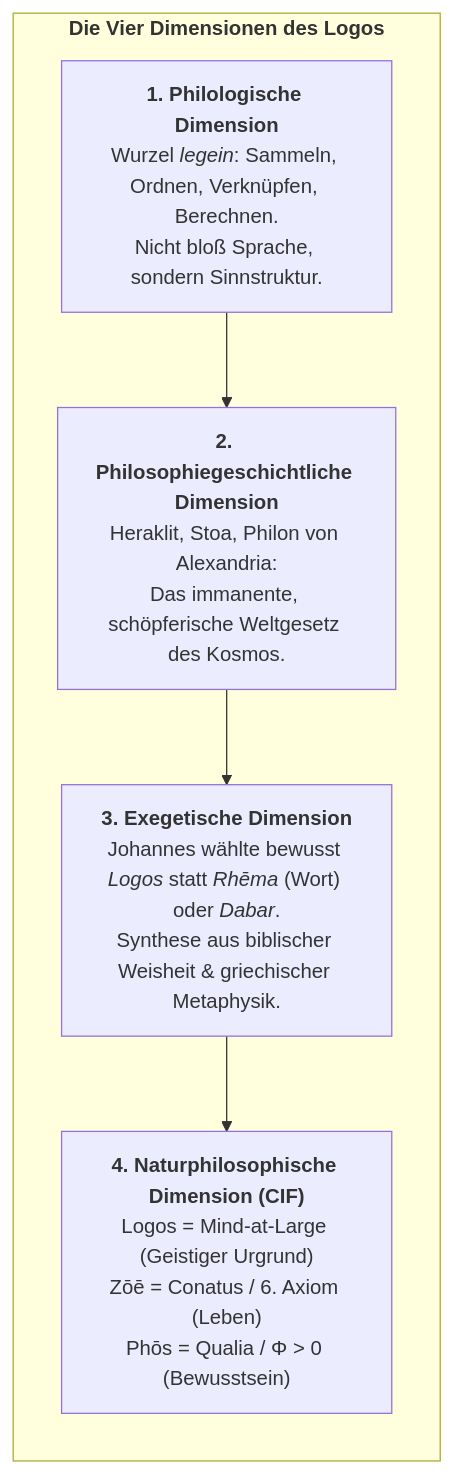
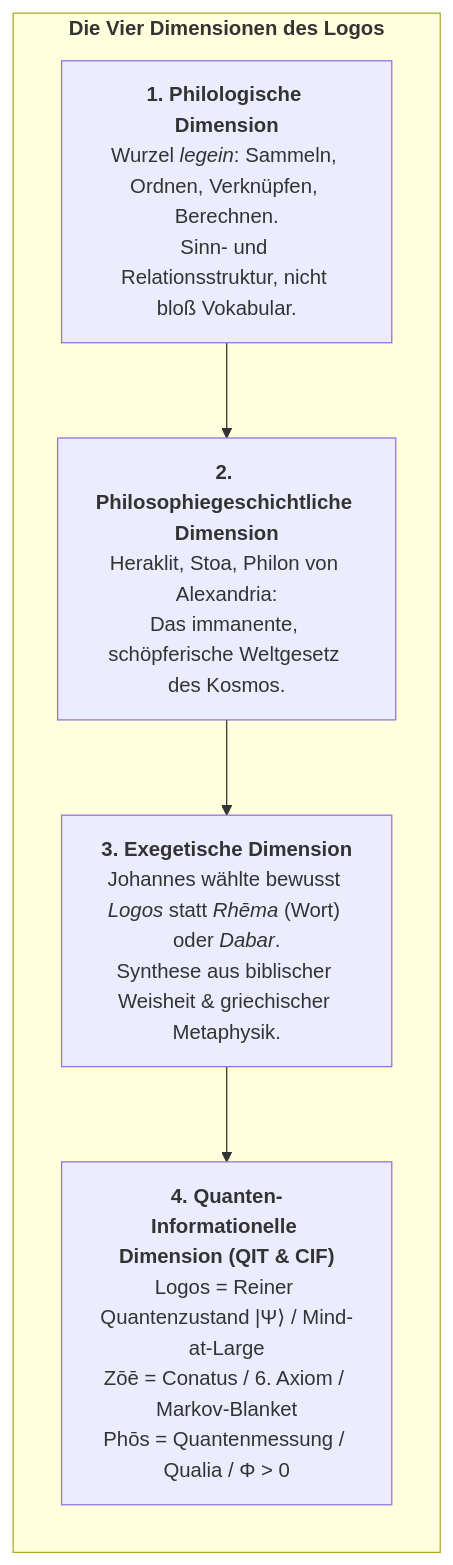
Before and after one commit to Thriebl/active-inference-phi-network: the first of 2 diagrams in docs/2026-09-05-johannes-1-1-5-logos-interlinear-und-philosophie.md, drawn with Mermaid. The commit also changed other lines of this file and 2 other files, not shown here.

Commit message:
docs: expand Johannes 1:1-5 Logos treatise with Quantum Information Theory (QIT) synthesis and recompile PDF/DOCX

````diff
--- a/docs/2026-09-05-johannes-1-1-5-logos-interlinear-und-philosophie.md
+++ b/docs/2026-09-05-johannes-1-1-5-logos-interlinear-und-philosophie.md
@@ -63,16 +61,16 @@
 ```mermaid
 flowchart TD
     subgraph LOGOS_DIMENSIONS["<b>Die Vier Dimensionen des Logos</b>"]
         direction TB
         
-        DIM1["<b>1. Philologische Dimension</b><br>Wurzel <i>legein</i>: Sammeln, Ordnen, Verknüpfen, Berechnen.<br>Nicht bloß Sprache, sondern Sinnstruktur."]
+        DIM1["<b>1. Philologische Dimension</b><br>Wurzel <i>legein</i>: Sammeln, Ordnen, Verknüpfen, Berechnen.<br>Sinn- und Relationsstruktur, nicht bloß Vokabular."]
         
         DIM2["<b>2. Philosophiegeschichtliche Dimension</b><br>Heraklit, Stoa, Philon von Alexandria:<br>Das immanente, schöpferische Weltgesetz des Kosmos."]
         
         DIM3["<b>3. Exegetische Dimension</b><br>Johannes wählte bewusst <i>Logos</i> statt <i>Rhēma</i> (Wort) oder <i>Dabar</i>.<br>Synthese aus biblischer Weisheit & griechischer Metaphysik."]
         
-        DIM4["<b>4. Naturphilosophische Dimension (CIF)</b><br>Logos = Mind-at-Large (Geistiger Urgrund)<br>Zōē = Conatus / 6. Axiom (Leben)<br>Phōs = Qualia / Φ > 0 (Bewusstsein)"]
+        DIM4["<b>4. Quanten-Informationelle Dimension (QIT & CIF)</b><br>Logos = Reiner Quantenzustand |Ψ⟩ / Mind-at-Large<br>Zōē = Conatus / 6. Axiom / Markov-Blanket<br>Phōs = Quantenmessung / Qualia / Φ > 0"]
         
         DIM1 --> DIM2 --> DIM3 --> DIM4
     end
 ```
````
